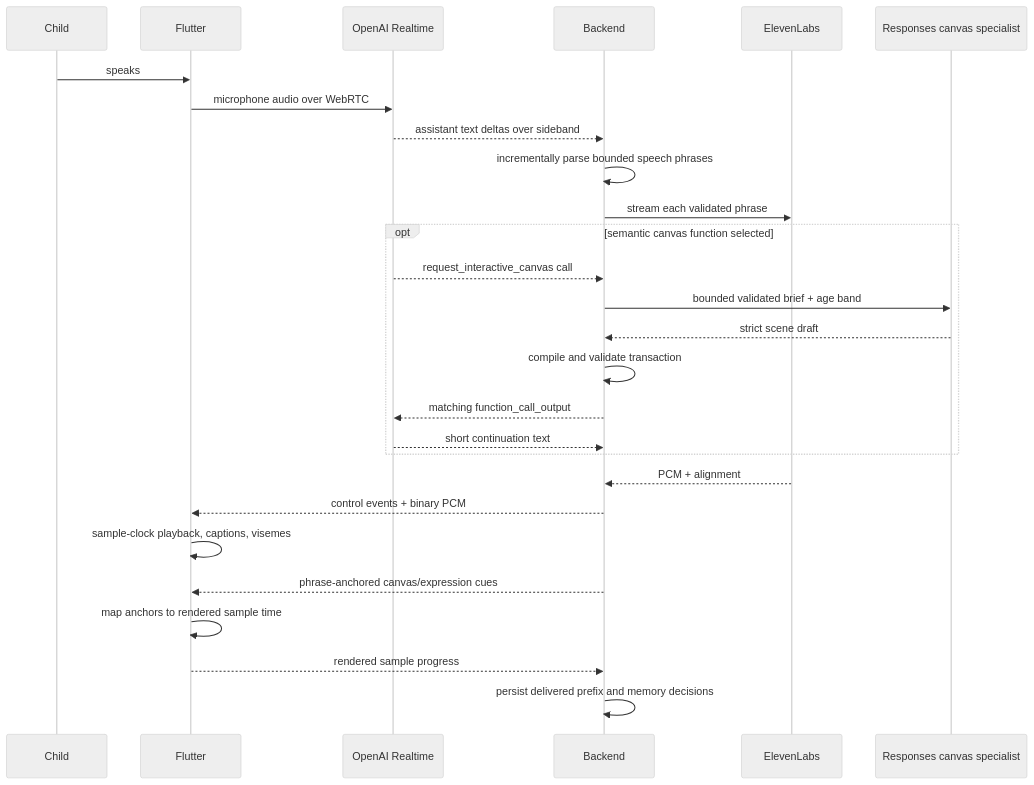
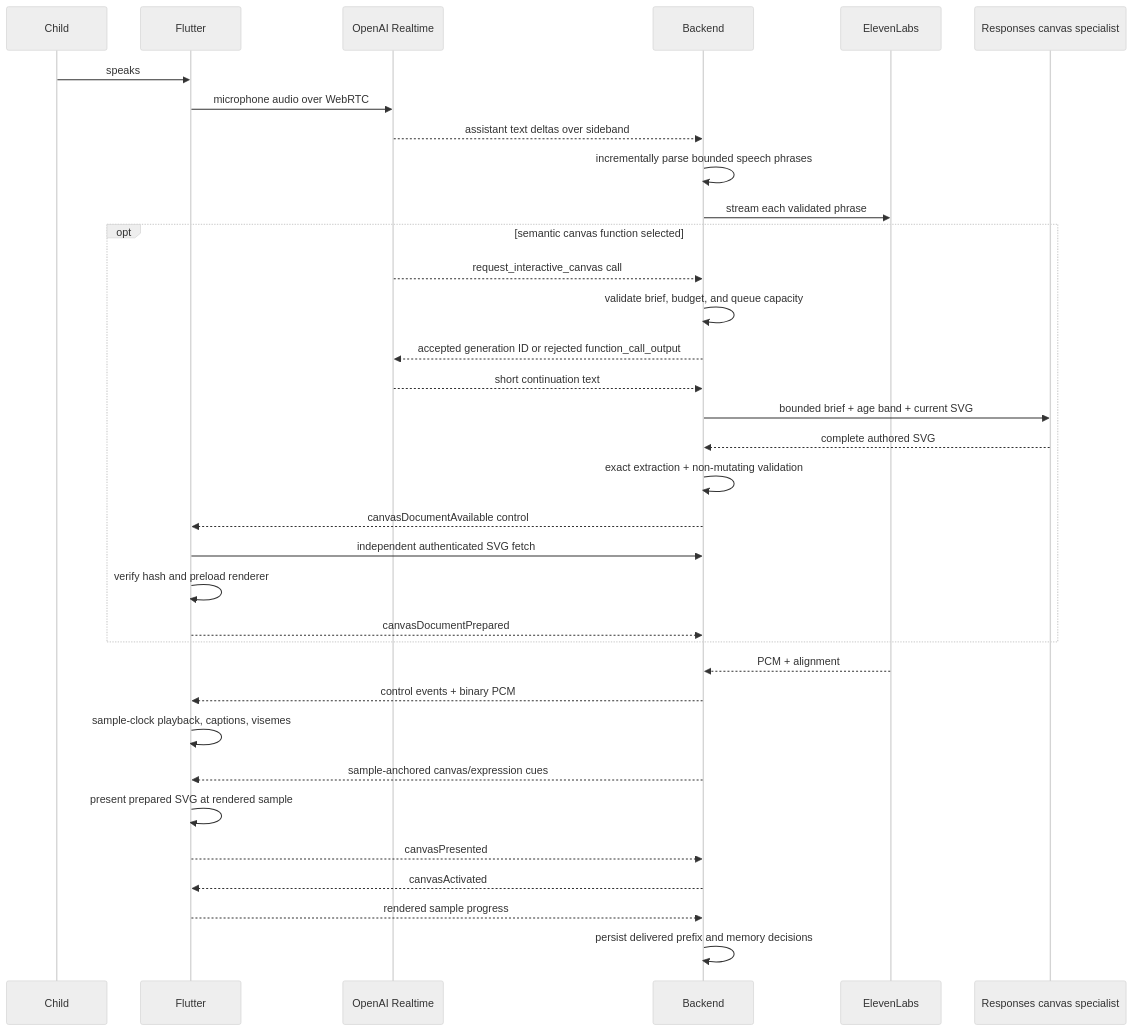
One commit to nelson960/Ava changed the second of 2 diagrams in docs/production_architecture.md. Above: the diagram before and after it, drawn with Mermaid (neutral theme). The commit also changed other lines of this file and 190 other files, not shown here.

````diff
--- a/docs/production_architecture.md
+++ b/docs/production_architecture.md
@@ -161,30 +178,37 @@
 ```mermaid
 sequenceDiagram
     participant Child
     participant App as Flutter
     participant RT as OpenAI Realtime
     participant Backend
     participant TTS as ElevenLabs
     participant Canvas as Responses canvas specialist
 
     Child->>App: speaks
     App->>RT: microphone audio over WebRTC
     RT-->>Backend: assistant text deltas over sideband
     Backend->>Backend: incrementally parse bounded speech phrases
     Backend->>TTS: stream each validated phrase
     opt semantic canvas function selected
         RT-->>Backend: request_interactive_canvas call
-        Backend->>Canvas: bounded validated brief + age band
-        Canvas-->>Backend: strict scene draft
-        Backend->>Backend: compile and validate transaction
-        Backend-->>RT: matching function_call_output
+        Backend->>Backend: validate brief, budget, and queue capacity
+        Backend-->>RT: accepted generation ID or rejected function_call_output
         RT-->>Backend: short continuation text
+        Backend->>Canvas: bounded brief + age band + current SVG
+        Canvas-->>Backend: complete authored SVG
+        Backend->>Backend: exact extraction + non-mutating validation
+        Backend-->>App: canvasDocumentAvailable control
+        App->>Backend: independent authenticated SVG fetch
+        App->>App: verify hash and preload renderer
+        App-->>Backend: canvasDocumentPrepared
     end
     TTS-->>Backend: PCM + alignment
     Backend-->>App: control events + binary PCM
     App->>App: sample-clock playback, captions, visemes
-    Backend-->>App: phrase-anchored canvas/expression cues
-    App->>App: map anchors to rendered sample time
+    Backend-->>App: sample-anchored canvas/expression cues
+    App->>App: present prepared SVG at rendered sample
+    App-->>Backend: canvasPresented
+    Backend-->>App: canvasActivated
     App-->>Backend: rendered sample progress
     Backend->>Backend: persist delivered prefix and memory decisions
 ```
````
